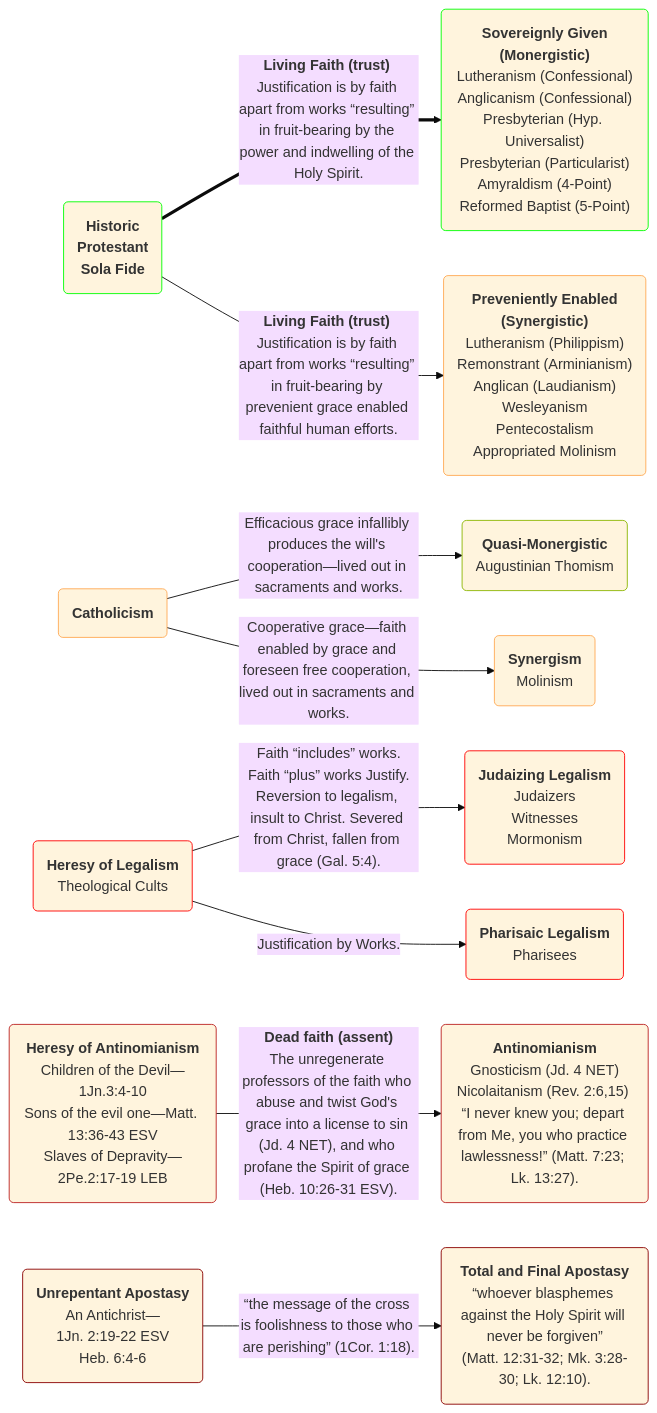
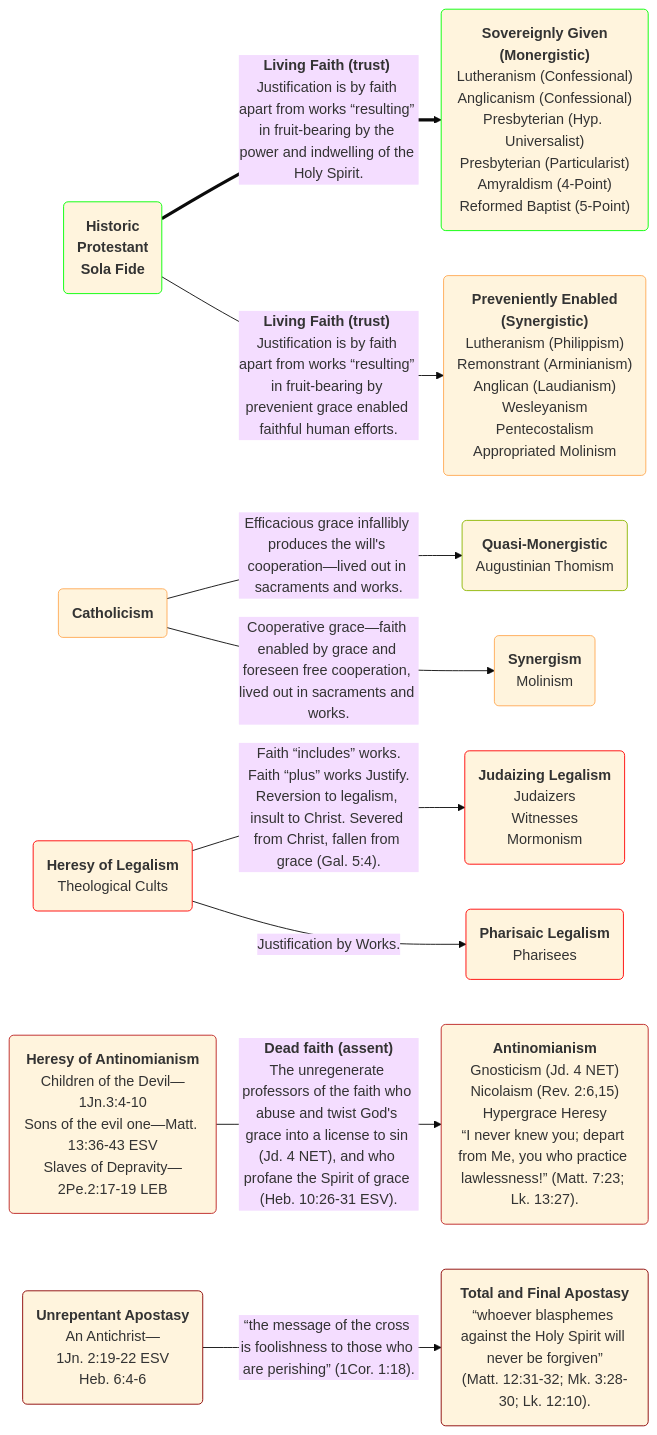
One commit to OrdoLuminis/ordoluminis.github.io changed the first of 3 diagrams in _posts/2025-08-03-historic-protestant-position.markdown. Above: the diagram before and after it, drawn with Mermaid (base theme). The commit also changed other lines of this file, not shown here.

````diff
--- a/_posts/2025-08-03-historic-protestant-position.markdown
+++ b/_posts/2025-08-03-historic-protestant-position.markdown
@@ -55,23 +55,23 @@
 ```mermaid
 flowchart LR
     A(<strong>Historic<br>Protestant<br>Sola Fide</strong>):::green
     B(<strong>Catholicism</strong>):::orange
     C(<strong>Heresy of Legalism</strong><br>Theological Cults):::red
     D(<strong>Heresy of Antinomianism</strong><br>Children of the Devil&mdash;1Jn.3:4-10<br>Sons of the evil one&mdash;Matt. 13:36-43 ESV<br>Slaves of Depravity&mdash;2Pe.2:17-19 LEB):::firebrick
     F(<strong>Unrepentant Apostasy</strong><br>An Antichrist&mdash;<br>1Jn. 2:19-22 ESV<br>Heb. 6:4-6):::darkred
     A ==>|<strong>Living Faith &lpar;trust&rpar;</strong> Justification is by faith apart from works &ldquo;resulting&rdquo; in fruit-bearing by the power and indwelling of the Holy Spirit.| G(<strong>Sovereignly Given<br>&lpar;Monergistic&rpar;</strong><br>Lutheranism &lpar;Confessional&rpar;<br>Anglicanism &lpar;Confessional&rpar;<br>Presbyterian &lpar;Hyp. Universalist&rpar;<br>Presbyterian &lpar;Particularist&rpar;<br>Amyraldism &lpar;4-Point&rpar;<br>Reformed Baptist &lpar;5-Point&rpar;):::green
     A -->|<strong>Living Faith &lpar;trust&rpar;</strong> Justification is by faith apart from works &ldquo;resulting&rdquo; in fruit-bearing by prevenient grace enabled faithful human efforts.| H(<strong>Preveniently Enabled<br>&lpar;Synergistic&rpar;</strong><br>Lutheranism &lpar;Philippism&rpar;<br>Remonstrant &lpar;Arminianism&rpar;<br>Anglican &lpar;Laudianism&rpar;<br>Wesleyanism<br>Pentecostalism<br>Appropriated Molinism):::orange
     B -->|Efficacious grace infallibly produces the will's cooperation&mdash;lived out in sacraments and works.| I(<strong>Quasi-Monergistic</strong><br>Augustinian Thomism):::yellowgreen
     B -->|Cooperative grace&mdash;faith enabled by grace and foreseen free cooperation, lived out in sacraments and works.| J(<strong>Synergism</strong><br>Molinism):::orange
     C -->|Faith &ldquo;includes&rdquo; works.<br>Faith &ldquo;plus&rdquo; works Justify.<br>Reversion to legalism, insult to Christ. Severed from Christ, fallen from grace &lpar;Gal. 5:4&rpar;.| K(<strong>Judaizing Legalism</strong><br>Judaizers<br>Witnesses<br>Mormonism):::red
     C -->|Justification by Works.| L(<strong>Pharisaic Legalism</strong><br>Pharisees<br>):::red
-    D -->|<strong>Dead faith &lpar;assent&rpar;</strong><br>The unregenerate professors of the faith who abuse and twist God's grace into a license to sin &lpar;Jd. 4 NET&rpar;, and who profane the Spirit of grace &lpar;Heb. 10:26-31 ESV&rpar;.| M(<strong>Antinomianism</strong><br>Gnosticism &lpar;Jd. 4 NET&rpar;<br>Nicolaitanism &lpar;Rev. 2:6,15&rpar; &ldquo;I never knew you; depart from Me, you who practice lawlessness!&rdquo; &lpar;Matt. 7:23; Lk. 13:27&rpar;.):::firebrick
+    D -->|<strong>Dead faith &lpar;assent&rpar;</strong><br>The unregenerate professors of the faith who abuse and twist God's grace into a license to sin &lpar;Jd. 4 NET&rpar;, and who profane the Spirit of grace &lpar;Heb. 10:26-31 ESV&rpar;.| M(<strong>Antinomianism</strong><br>Gnosticism &lpar;Jd. 4 NET&rpar;<br>Nicolaism &lpar;Rev. 2:6,15&rpar;<br>Hypergrace Heresy<br>&ldquo;I never knew you; depart from Me, you who practice lawlessness!&rdquo; &lpar;Matt. 7:23; Lk. 13:27&rpar;.):::firebrick
     F -->|&ldquo;the message of the cross is foolishness to those who are perishing&rdquo; &lpar;1Cor. 1:18&rpar;.| N(<strong>Total and Final Apostasy</strong><br>&ldquo;whoever blasphemes against the Holy Spirit will never be forgiven&rdquo;<br>&lpar;Matt. 12:31-32; Mk. 3:28-30; Lk. 12:10&rpar;.):::darkred
     classDef red stroke:#f00
     classDef green stroke:#0f0
     classDef yellowgreen stroke:#8db600
     classDef orange stroke:#fa5
     classDef firebrick stroke:#b22
     classDef darkred stroke:#8B0000
     classDef darkerred stroke:#701705
 ```
````
